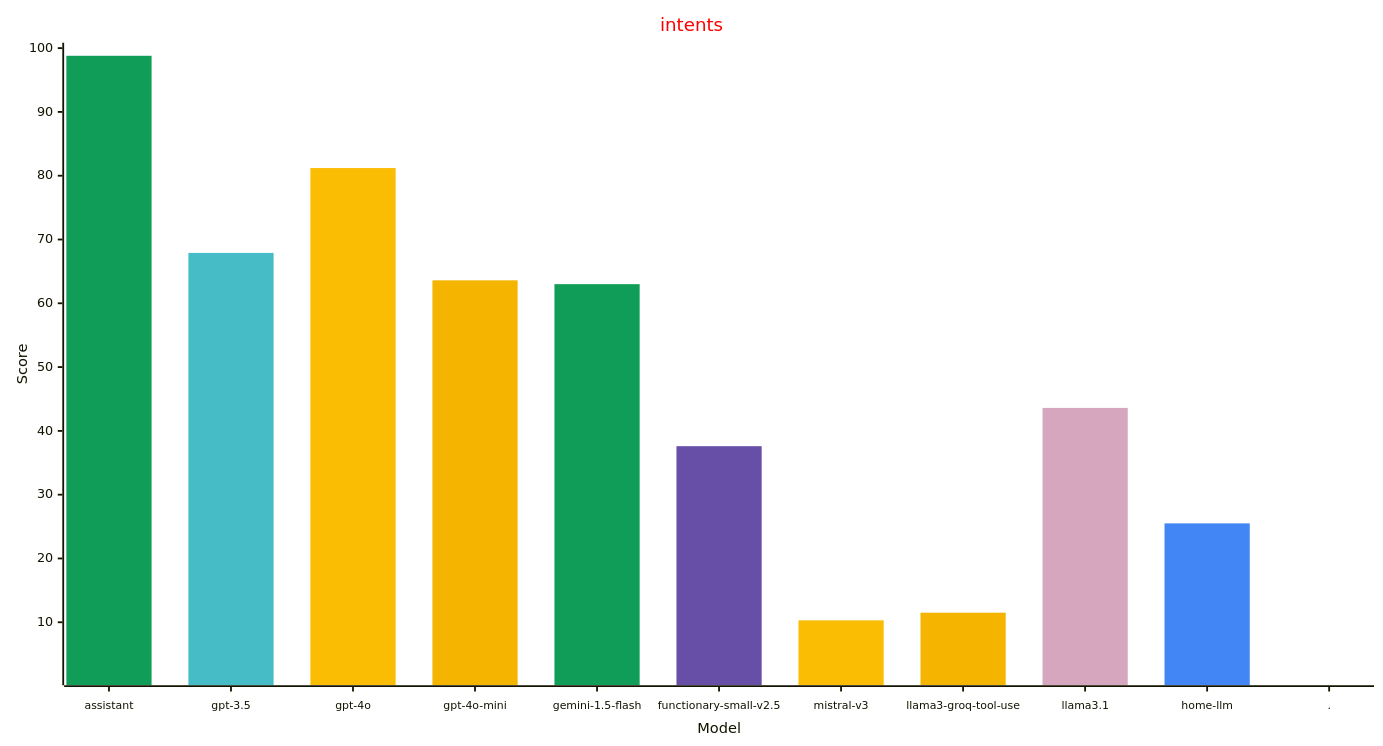
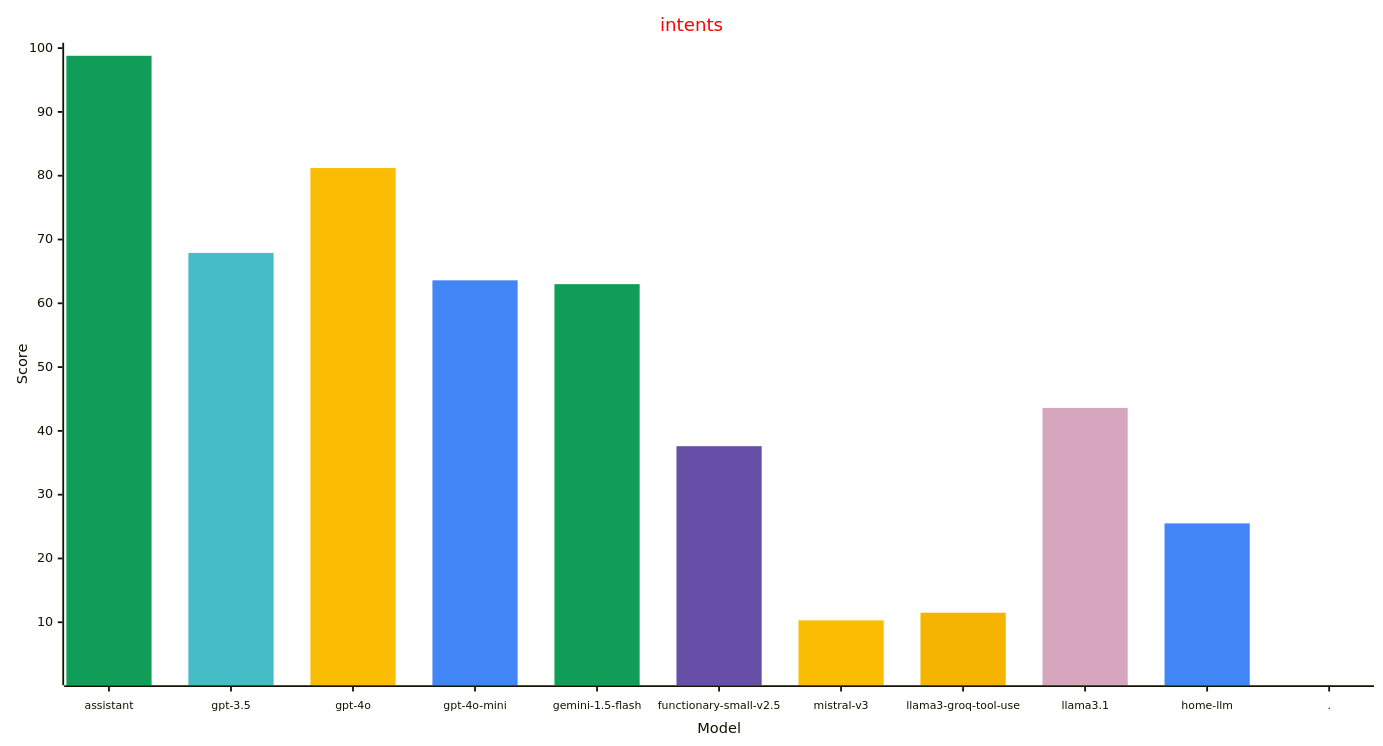
Before and after one commit to allenporter/home-assistant-datasets: the third of 4 diagrams in reports/README.md, drawn with Mermaid. The commit also changed other lines of this file and 101 other files, not shown here.

````diff
--- a/reports/README.md
+++ b/reports/README.md
@@ -157,31 +157,31 @@
 ```mermaid
 ---
 config:
     xyChart:
         width: 1500
         height: 800
         xAxis:
           labelFontSize: 12
           labelPadding: 8
     themeVariables:
         xyChart:
             titleColor: "#ff0000"
-            plotColorPalette: "#0f9d58, #46bdc6, #fbbc04, #f4b400, #0f9d58, #674ea7, #fbbc04, #f4b400, #d5a6bd, #4285f4, #4285f4"
+            plotColorPalette: "#0f9d58, #46bdc6, #fbbc04, #4285f4, #0f9d58, #674ea7, #fbbc04, #f4b400, #d5a6bd, #4285f4, #4285f4"
 
 ---
 xychart-beta
   title "intents"
   x-axis "Model" [assistant, gpt-3.5, gpt-4o, gpt-4o-mini, gemini-1.5-flash, functionary-small-v2.5, mistral-v3, llama3-groq-tool-use, llama3.1, home-llm, .]
   y-axis "Score" 1 --> 100
   bar [98.8, 0.0, 0.0, 0.0, 0.0, 0.0, 0.0, 0.0, 0.0, 0.0, 0.0]
   bar [0.0, 67.9, 0.0, 0.0, 0.0, 0.0, 0.0, 0.0, 0.0, 0.0, 0.0]
   bar [0.0, 0.0, 81.2, 0.0, 0.0, 0.0, 0.0, 0.0, 0.0, 0.0, 0.0]
   bar [0.0, 0.0, 0.0, 63.6, 0.0, 0.0, 0.0, 0.0, 0.0, 0.0, 0.0]
   bar [0.0, 0.0, 0.0, 0.0, 63.0, 0.0, 0.0, 0.0, 0.0, 0.0, 0.0]
   bar [0.0, 0.0, 0.0, 0.0, 0.0, 37.6, 0.0, 0.0, 0.0, 0.0, 0.0]
   bar [0.0, 0.0, 0.0, 0.0, 0.0, 0.0, 10.3, 0.0, 0.0, 0.0, 0.0]
   bar [0.0, 0.0, 0.0, 0.0, 0.0, 0.0, 0.0, 11.5, 0.0, 0.0, 0.0]
   bar [0.0, 0.0, 0.0, 0.0, 0.0, 0.0, 0.0, 0.0, 43.6, 0.0, 0.0]
   bar [0.0, 0.0, 0.0, 0.0, 0.0, 0.0, 0.0, 0.0, 0.0, 25.5, 0.0]
   bar [0.0, 0.0, 0.0, 0.0, 0.0, 0.0, 0.0, 0.0, 0.0, 0.0, -1.0]
 ```
````
